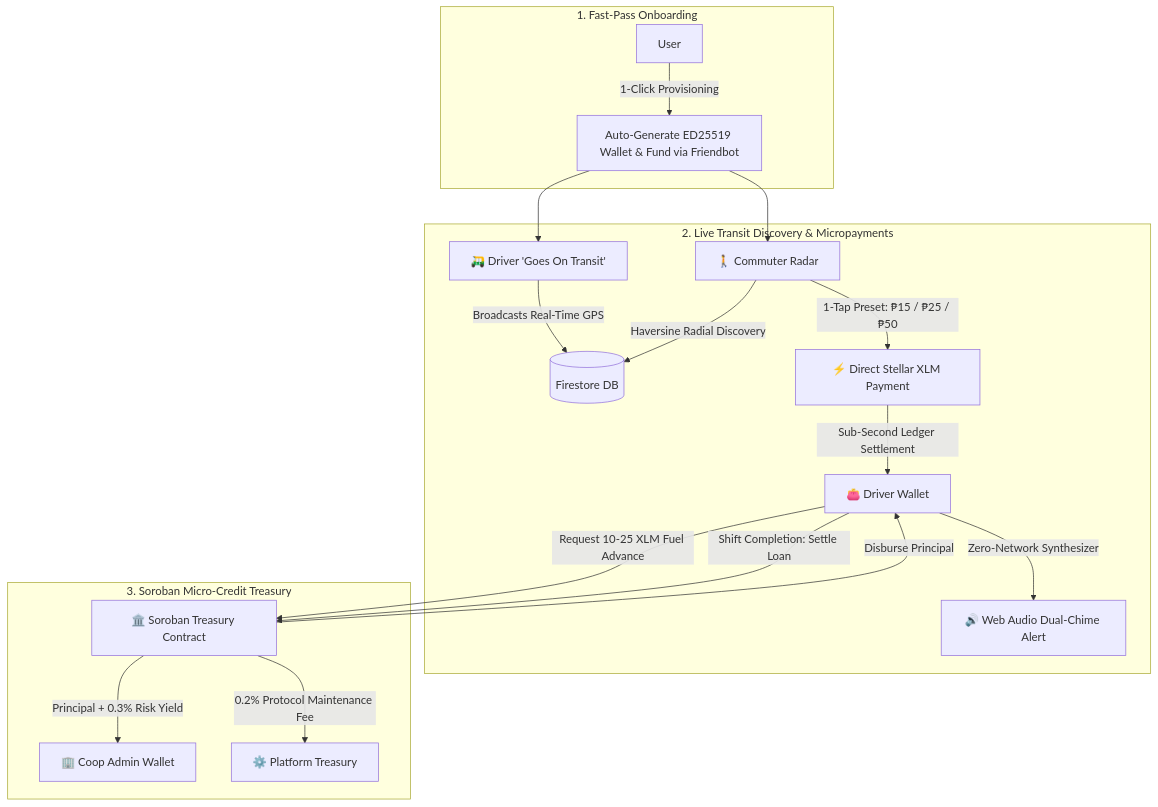
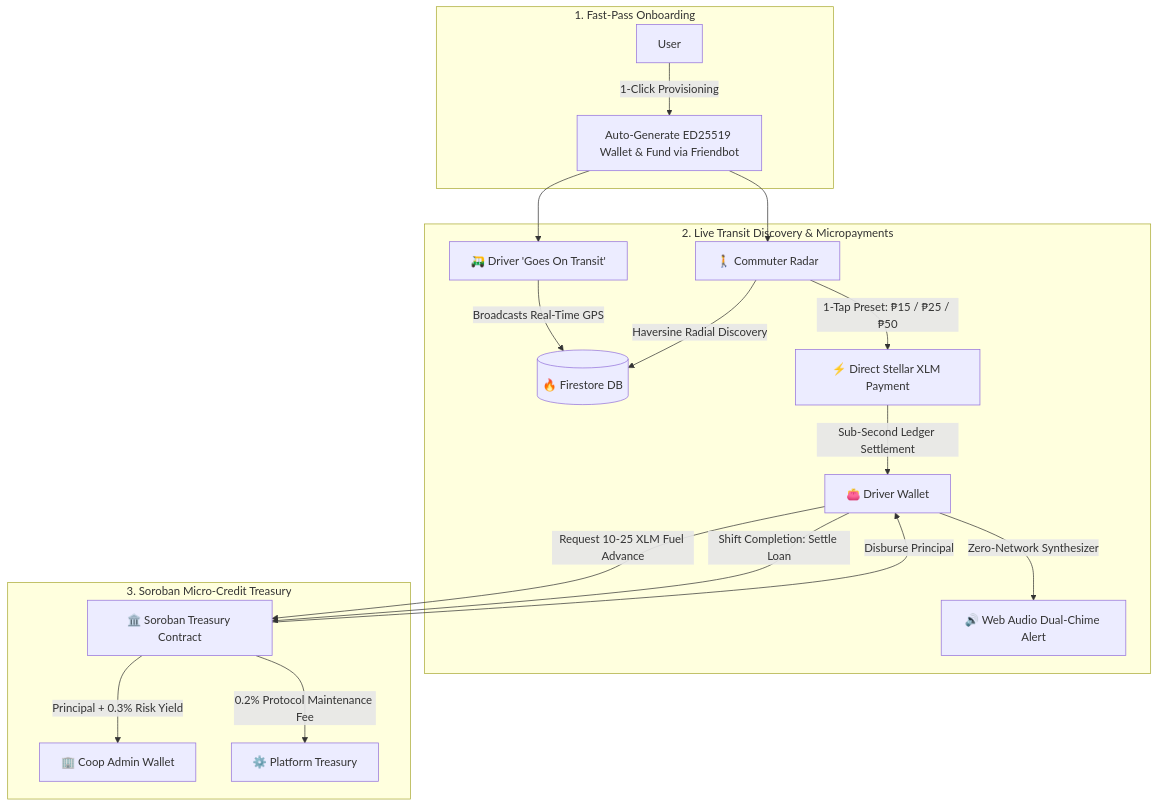
The first of 5 diagrams in README.md (zneright/mobilis), drawn with Mermaid before and after one commit. The commit also changed other lines of this file and 1 other file, not shown here.

````diff
--- a/README.md
+++ b/README.md
@@ -50,25 +50,25 @@
 ```mermaid
 flowchart TB
     subgraph "1. Fast-Pass Onboarding"
-        U[User] -->|1-Click Provisioning| W[Auto-Generate ED25519 Wallet & Fund via Friendbot]
+        U["User"] -->|1-Click Provisioning| W["Auto-Generate ED25519 Wallet & Fund via Friendbot"]
     end
 
     subgraph "2. Live Transit Discovery & Micropayments"
-        D[🛺 Driver 'Goes On Transit'] -->|Broadcasts Real-Time GPS| FS[(Firestore DB)]
-        C[🚶 Commuter Radar] -->|Haversine Radial Discovery| FS
-        C -->|1-Tap Preset: ₱15 / ₱25 / ₱50| S[⚡ Direct Stellar XLM Payment]
-        S -->|Sub-Second Ledger Settlement| DW[👛 Driver Wallet]
-        DW -->|Zero-Network Synthesizer| CH[🔊 Web Audio Dual-Chime Alert]
+        D["🛺 Driver 'Goes On Transit'"] -->|Broadcasts Real-Time GPS| FS[("🔥 Firestore DB")]
+        C["🚶 Commuter Radar"] -->|Haversine Radial Discovery| FS
+        C -->|1-Tap Preset: ₱15 / ₱25 / ₱50| S["⚡ Direct Stellar XLM Payment"]
+        S -->|Sub-Second Ledger Settlement| DW["👛 Driver Wallet"]
+        DW -->|Zero-Network Synthesizer| CH["🔊 Web Audio Dual-Chime Alert"]
     end
 
     subgraph "3. Soroban Micro-Credit Treasury"
-        DW -->|Request 10-25 XLM Fuel Advance| SC[🏛️ Soroban Treasury Contract]
+        DW -->|Request 10-25 XLM Fuel Advance| SC["🏛️ Soroban Treasury Contract"]
         SC -->|Disburse Principal| DW
         DW -->|Shift Completion: Settle Loan| SC
-        SC -->|Principal + 0.3% Risk Yield| AW[🏢 Coop Admin Wallet]
-        SC -->|0.2% Protocol Maintenance Fee| PW[⚙️ Platform Treasury]
+        SC -->|Principal + 0.3% Risk Yield| AW["🏢 Coop Admin Wallet"]
+        SC -->|0.2% Protocol Maintenance Fee| PW["⚙️ Platform Treasury"]
     end
 
     W --> D
     W --> C
 ```
````
